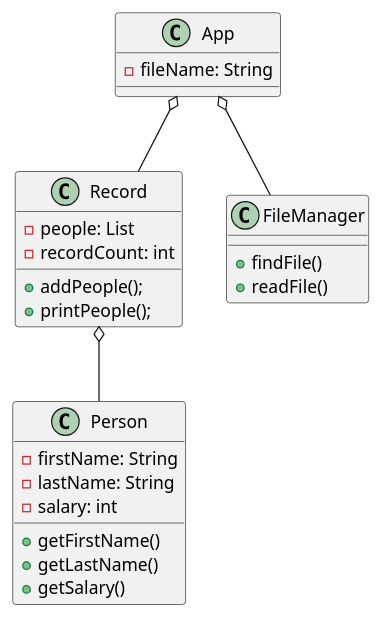
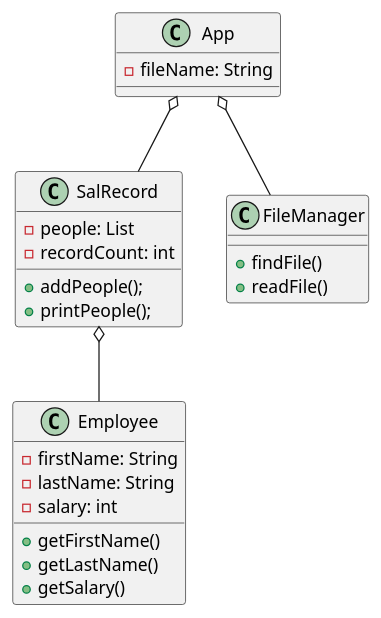
Before and after one commit to kingraham228/Ingraham-cop3330-assignment3: the diagram in src/main/java/ex42/ParsingDataFile.puml, drawn with PlantUML. The commit also changed 6 other files, not shown here.

```diff
--- a/src/main/java/ex42/ParsingDataFile.puml
+++ b/src/main/java/ex42/ParsingDataFile.puml
@@ -1,29 +1,29 @@
 @startuml
 class App{
 -fileName: String
 }
-class Record{
+class SalRecord{
 -people: List
 -recordCount: int
 +addPeople();
 +printPeople();
 }
 
-class Person{
+class Employee{
 - firstName: String
 - lastName: String
 -salary: int
 + getFirstName()
 + getLastName()
 + getSalary()
 }
 
 class FileManager{
 + findFile()
 +readFile()
 }
 
 App o-- FileManager
-App o-- Record
-Record o--Person
+App o-- SalRecord
+SalRecord o--Employee
 @enduml
```
